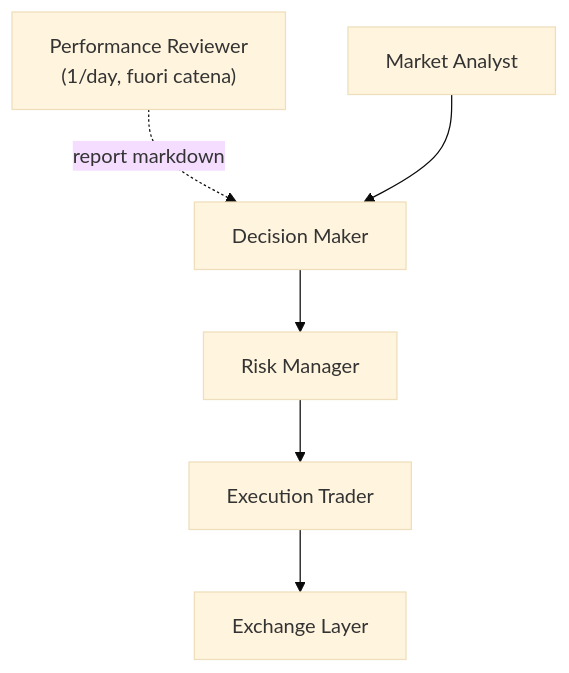
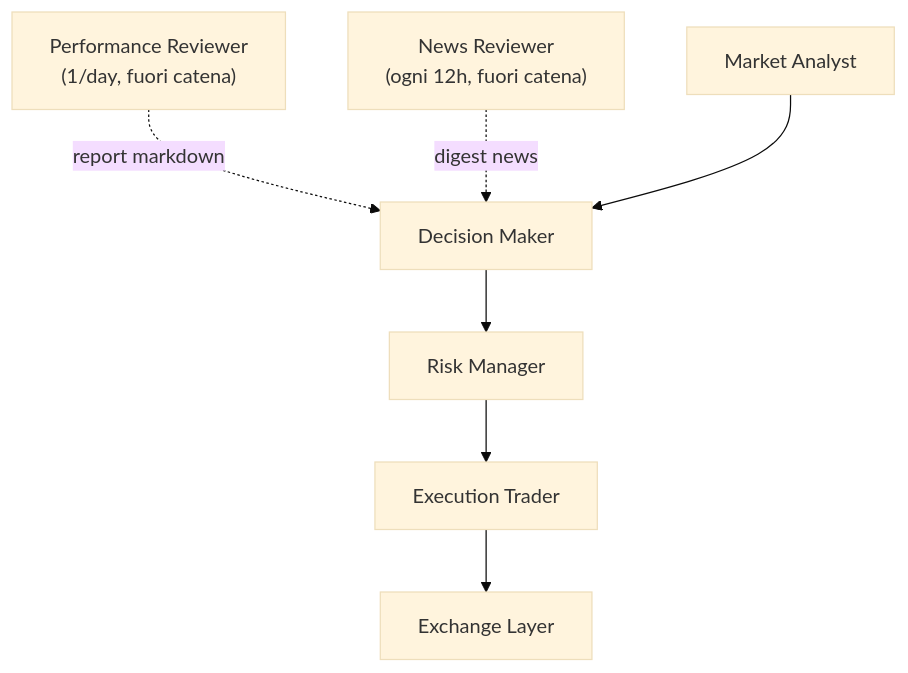
One commit to Mardock137/mdk_crypto_trading changed the diagram in docs/architecture.md. Above: the diagram before and after it, drawn with Mermaid (base theme). The commit also changed other lines of this file and 13 other files, not shown here.

````diff
--- a/docs/architecture.md
+++ b/docs/architecture.md
@@ -23,8 +23,9 @@
 ```mermaid
 flowchart TD
     reviewer["Performance Reviewer<br/>(1/day, fuori catena)"] -.->|report markdown| decisionMaker
+    newsReviewer["News Reviewer<br/>(ogni 12h, fuori catena)"] -.->|digest news| decisionMaker
     marketAnalyst["Market Analyst"] --> decisionMaker["Decision Maker"]
     decisionMaker --> riskManager["Risk Manager"]
     riskManager --> executionTrader["Execution Trader"]
     executionTrader --> exchangeLayer["Exchange Layer"]
 ```
````
